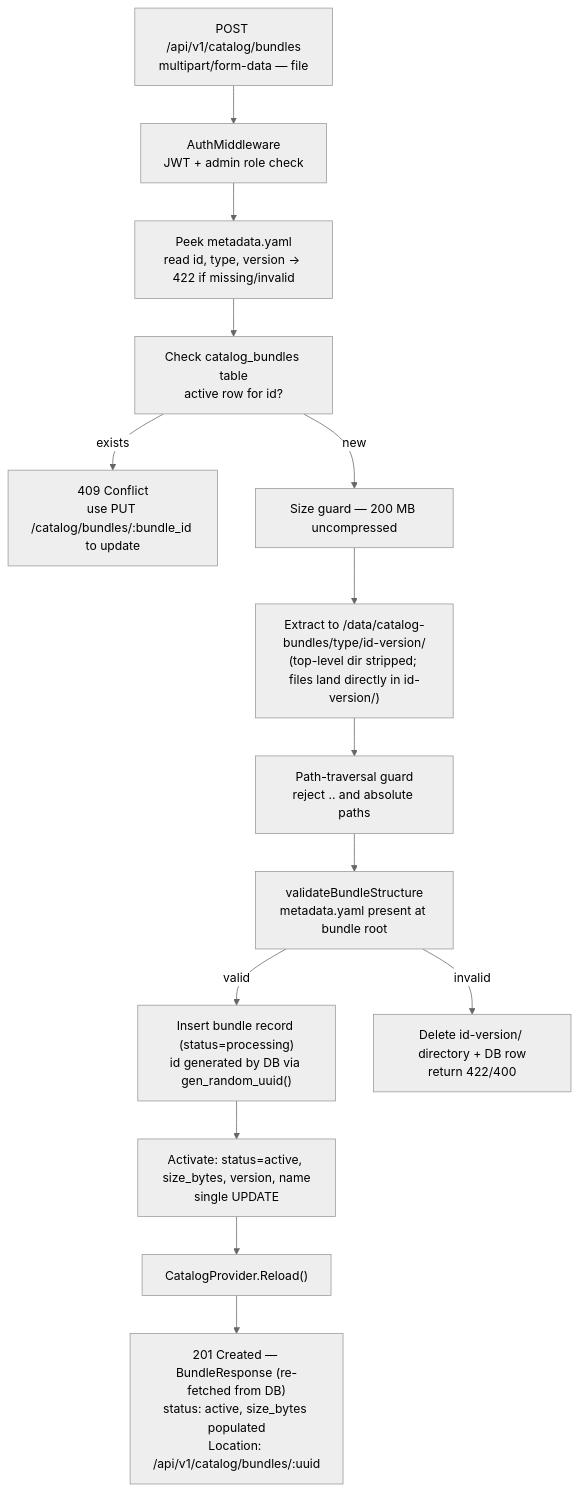
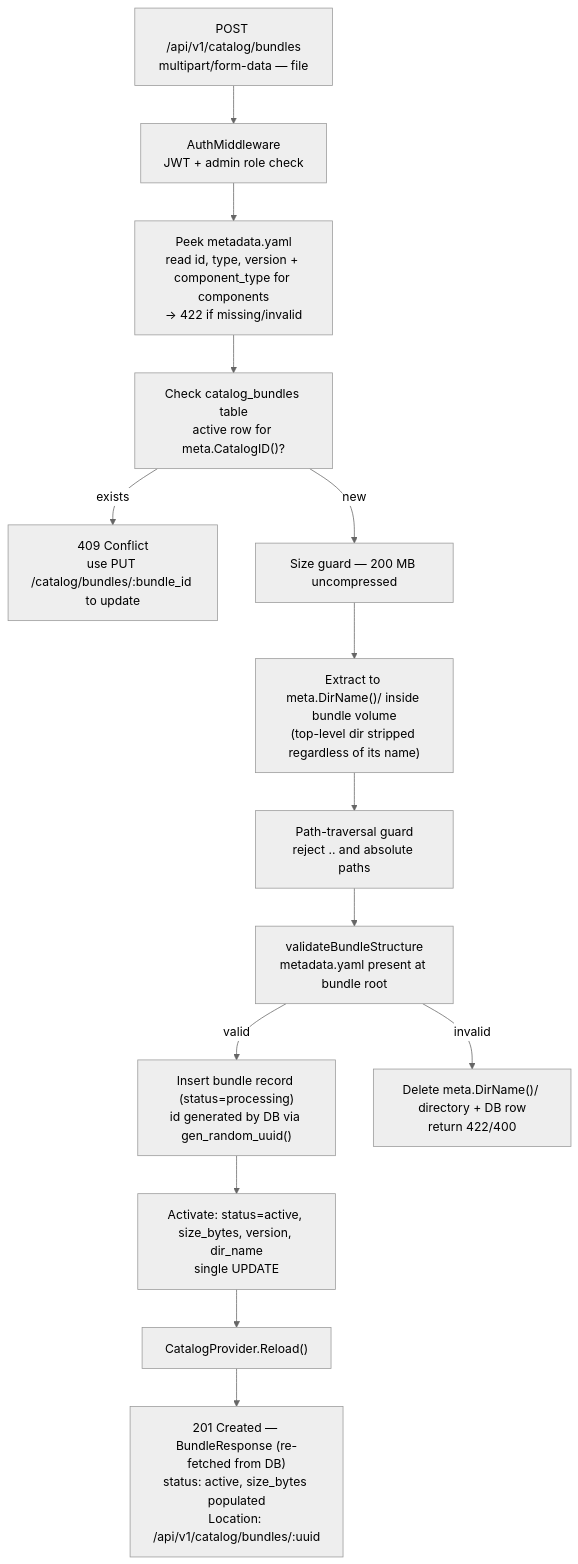
One commit to mayuka-c/project-ai-services changed the second of 5 diagrams in ai-services/proposal.md. Above: the diagram before and after it, drawn with Mermaid (neutral theme). The commit also changed other lines of this file and 8 other files, not shown here.

````diff
--- a/ai-services/proposal.md
+++ b/ai-services/proposal.md
@@ -531,24 +632,24 @@
 ```mermaid
 flowchart TD
     REQ["POST /api/v1/catalog/bundles<br/>multipart/form-data — file"]
     AUTH["AuthMiddleware<br/>JWT + admin role check"]
-    PEEK["Peek metadata.yaml<br/>read id, type, version → 422 if missing/invalid"]
-    CONFLICT["Check catalog_bundles table<br/>active row for id?"]
+    PEEK["Peek metadata.yaml<br/>read id, type, version + component_type for components<br/>→ 422 if missing/invalid"]
+    CONFLICT["Check catalog_bundles table<br/>active row for meta.CatalogID()?"]
     CONFLICT_RESP["409 Conflict<br/>use PUT /catalog/bundles/:bundle_id to update"]
     SIZE["Size guard — 200 MB uncompressed"]
-    EXTRACT["Extract to /data/catalog-bundles/type/id-version/<br/>(top-level dir stripped; files land directly in id-version/)"]
+    EXTRACT["Extract to meta.DirName()/ inside bundle volume<br/>(top-level dir stripped regardless of its name)"]
     PATHGUARD["Path-traversal guard<br/>reject .. and absolute paths"]
     VALIDATE["validateBundleStructure<br/>metadata.yaml present at bundle root"]
     DBINSERT["Insert bundle record (status=processing)<br/>id generated by DB via gen_random_uuid()"]
-    ACTIVATE["Activate: status=active, size_bytes, version, name<br/>single UPDATE"]
+    ACTIVATE["Activate: status=active, size_bytes, version, dir_name<br/>single UPDATE"]
     RELOAD["CatalogProvider.Reload()"]
     RESP["201 Created — BundleResponse (re-fetched from DB)<br/>status: active, size_bytes populated<br/>Location: /api/v1/catalog/bundles/:uuid"]
-    FAIL["Delete id-version/ directory + DB row<br/>return 422/400"]
+    FAIL["Delete meta.DirName()/ directory + DB row<br/>return 422/400"]
 
     REQ --> AUTH --> PEEK
     PEEK --> CONFLICT
     CONFLICT -->|"exists"| CONFLICT_RESP
     CONFLICT -->|"new"| SIZE --> EXTRACT --> PATHGUARD --> VALIDATE
     VALIDATE -->|"valid"| DBINSERT --> ACTIVATE --> RELOAD --> RESP
     VALIDATE -->|"invalid"| FAIL
 ```
````
